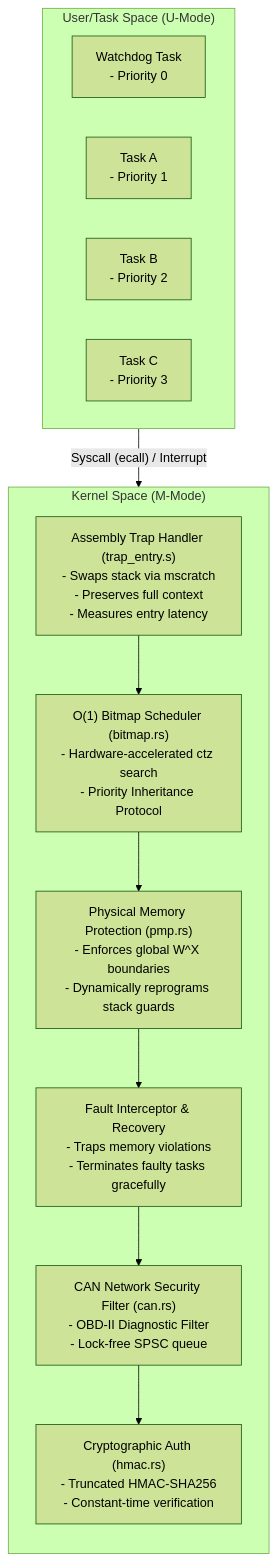
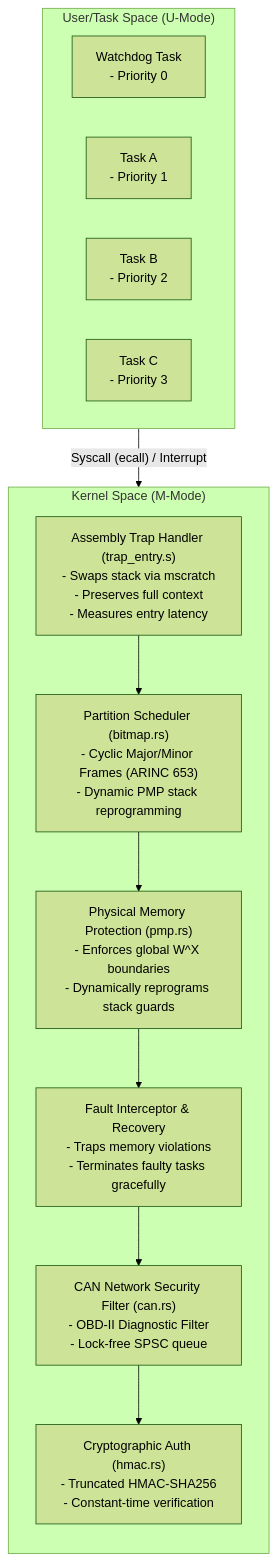
Before and after one commit to s7g4/cerberus-os: the diagram in ARCHITECTURE.md, drawn with Mermaid (forest theme). The commit also changed other lines of this file and 6 other files, not shown here.

````diff
--- a/ARCHITECTURE.md
+++ b/ARCHITECTURE.md
@@ -7,35 +7,35 @@
 ```mermaid
 flowchart TB
 
     subgraph TS["User/Task Space (U-Mode)"]
         direction LR
         WDTask["Watchdog Task<br/>- Priority 0"]
         TaskA["Task A<br/>- Priority 1"]
         TaskB["Task B<br/>- Priority 2"]
         TaskC["Task C<br/>- Priority 3"]
     end
 
     TS -->|"Syscall (ecall) / Interrupt"| KS
 
     subgraph KS["Kernel Space (M-Mode)"]
         direction TB
 
         CS["Assembly Trap Handler (trap_entry.s)<br/>- Swaps stack via mscratch<br/>- Preserves full context<br/>- Measures entry latency"]
 
-        SCH["O(1) Bitmap Scheduler (bitmap.rs)<br/>- Hardware-accelerated ctz search<br/>- Priority Inheritance Protocol"]
+        SCH["Partition Scheduler (bitmap.rs)<br/>- Cyclic Major/Minor Frames (ARINC 653)<br/>- Dynamic PMP stack reprogramming"]
 
         PMP["Physical Memory Protection (pmp.rs)<br/>- Enforces global W^X boundaries<br/>- Dynamically reprograms stack guards"]
 
         EX["Fault Interceptor & Recovery<br/>- Traps memory violations<br/>- Terminates faulty tasks gracefully"]
 
         CAN["CAN Network Security Filter (can.rs)<br/>- OBD-II Diagnostic Filter<br/>- Lock-free SPSC queue"]
 
         HMAC["Cryptographic Auth (hmac.rs)<br/>- Truncated HMAC-SHA256<br/>- Constant-time verification"]
 
         CS --> SCH
         SCH --> PMP
         PMP --> EX
         EX --> CAN
         CAN --> HMAC
     end
 ```
````
